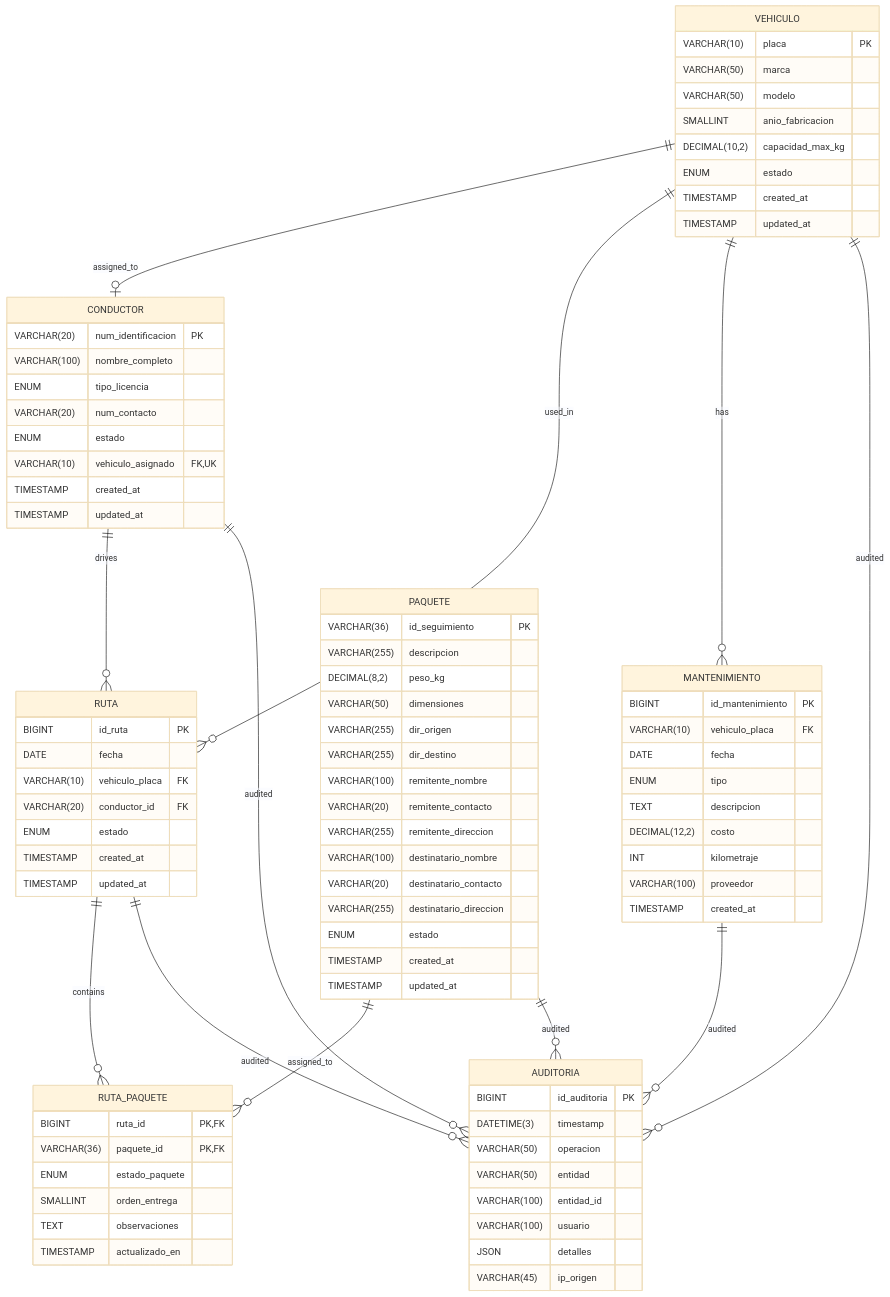
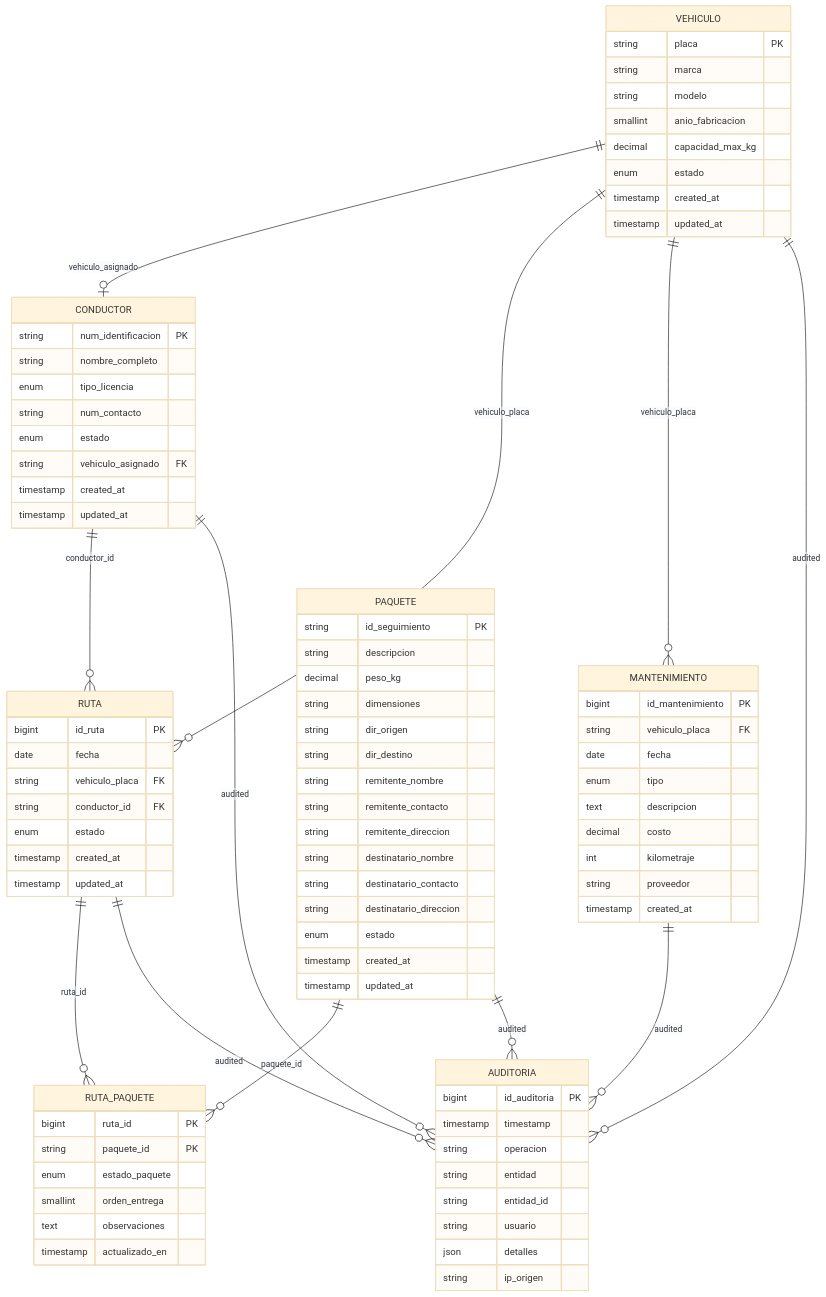
One commit to Alter-09/RapidExpress changed the diagram in database/DIAGRAMA.md. Above: the diagram before and after it, drawn with Mermaid (base theme).

Commit message:
docs: rename titles

````diff
--- a/database/DIAGRAMA.md
+++ b/database/DIAGRAMA.md
@@ -5,11 +5,11 @@
 ```mermaid
 erDiagram
-    VEHICULO ||--o| CONDUCTOR : "assigned_to"
-    VEHICULO ||--o{ RUTA : "used_in"
-    VEHICULO ||--o{ MANTENIMIENTO : "has"
-    CONDUCTOR ||--o{ RUTA : "drives"
-    RUTA ||--o{ RUTA_PAQUETE : "contains"
-    PAQUETE ||--o{ RUTA_PAQUETE : "assigned_to"
+    VEHICULO ||--o| CONDUCTOR : "vehiculo_asignado"
+    VEHICULO ||--o{ RUTA : "vehiculo_placa"
+    VEHICULO ||--o{ MANTENIMIENTO : "vehiculo_placa"
+    CONDUCTOR ||--o{ RUTA : "conductor_id"
+    RUTA ||--o{ RUTA_PAQUETE : "ruta_id"
+    PAQUETE ||--o{ RUTA_PAQUETE : "paquete_id"
     RUTA ||--o{ AUDITORIA : "audited"
     VEHICULO ||--o{ AUDITORIA : "audited"
     CONDUCTOR ||--o{ AUDITORIA : "audited"
@@ -17,84 +17,84 @@
     MANTENIMIENTO ||--o{ AUDITORIA : "audited"
 
     VEHICULO {
-        VARCHAR(10) placa PK
-        VARCHAR(50) marca
-        VARCHAR(50) modelo
-        SMALLINT anio_fabricacion
-        DECIMAL(10,2) capacidad_max_kg
-        ENUM estado
-        TIMESTAMP created_at
-        TIMESTAMP updated_at
+        string placa PK
+        string marca
+        string modelo
+        smallint anio_fabricacion
+        decimal capacidad_max_kg
+        enum estado
+        timestamp created_at
+        timestamp updated_at
     }
 
     CONDUCTOR {
-        VARCHAR(20) num_identificacion PK
-        VARCHAR(100) nombre_completo
-        ENUM tipo_licencia
-        VARCHAR(20) num_contacto
-        ENUM estado
-        VARCHAR(10) vehiculo_asignado FK,UK
-        TIMESTAMP created_at
-        TIMESTAMP updated_at
+        string num_identificacion PK
+        string nombre_completo
+        enum tipo_licencia
+        string num_contacto
+        enum estado
+        string vehiculo_asignado FK
+        timestamp created_at
+        timestamp updated_at
     }
 
     PAQUETE {
-        VARCHAR(36) id_seguimiento PK
-        VARCHAR(255) descripcion
-        DECIMAL(8,2) peso_kg
-        VARCHAR(50) dimensiones
-        VARCHAR(255) dir_origen
-        VARCHAR(255) dir_destino
-        VARCHAR(100) remitente_nombre
-        VARCHAR(20) remitente_contacto
-        VARCHAR(255) remitente_direccion
-        VARCHAR(100) destinatario_nombre
-        VARCHAR(20) destinatario_contacto
-        VARCHAR(255) destinatario_direccion
-        ENUM estado
-        TIMESTAMP created_at
-        TIMESTAMP updated_at
+        string id_seguimiento PK
+        string descripcion
+        decimal peso_kg
+        string dimensiones
+        string dir_origen
+        string dir_destino
+        string remitente_nombre
+        string remitente_contacto
+        string remitente_direccion
+        string destinatario_nombre
+        string destinatario_contacto
+        string destinatario_direccion
+        enum estado
+        timestamp created_at
+        timestamp updated_at
     }
 
     RUTA {
-        BIGINT id_ruta PK
-        DATE fecha
-        VARCHAR(10) vehiculo_placa FK
-        VARCHAR(20) conductor_id FK
-        ENUM estado
-        TIMESTAMP created_at
-        TIMESTAMP updated_at
+        bigint id_ruta PK
+        date fecha
+        string vehiculo_placa FK
+        string conductor_id FK
+        enum estado
+        timestamp created_at
+        timestamp updated_at
     }
 
     RUTA_PAQUETE {
-        BIGINT ruta_id PK,FK
-        VARCHAR(36) paquete_id PK,FK
-        ENUM estado_paquete
-        SMALLINT orden_entrega
-        TEXT observaciones
-        TIMESTAMP actualizado_en
+        bigint ruta_id PK
+        string paquete_id PK
+        enum estado_paquete
+        smallint orden_entrega
+        text observaciones
+        timestamp actualizado_en
     }
 
     MANTENIMIENTO {
-        BIGINT id_mantenimiento PK
-        VARCHAR(10) vehiculo_placa FK
-        DATE fecha
-        ENUM tipo
-        TEXT descripcion
-        DECIMAL(12,2) costo
-        INT kilometraje
-        VARCHAR(100) proveedor
-        TIMESTAMP created_at
+        bigint id_mantenimiento PK
+        string vehiculo_placa FK
+        date fecha
+        enum tipo
+        text descripcion
+        decimal costo
+        int kilometraje
+        string proveedor
+        timestamp created_at
     }
 
     AUDITORIA {
-        BIGINT id_auditoria PK
-        DATETIME(3) timestamp
-        VARCHAR(50) operacion
-        VARCHAR(50) entidad
-        VARCHAR(100) entidad_id
-        VARCHAR(100) usuario
-        JSON detalles
-        VARCHAR(45) ip_origen
+        bigint id_auditoria PK
+        timestamp timestamp
+        string operacion
+        string entidad
+        string entidad_id
+        string usuario
+        json detalles
+        string ip_origen
     }
 ```
````
